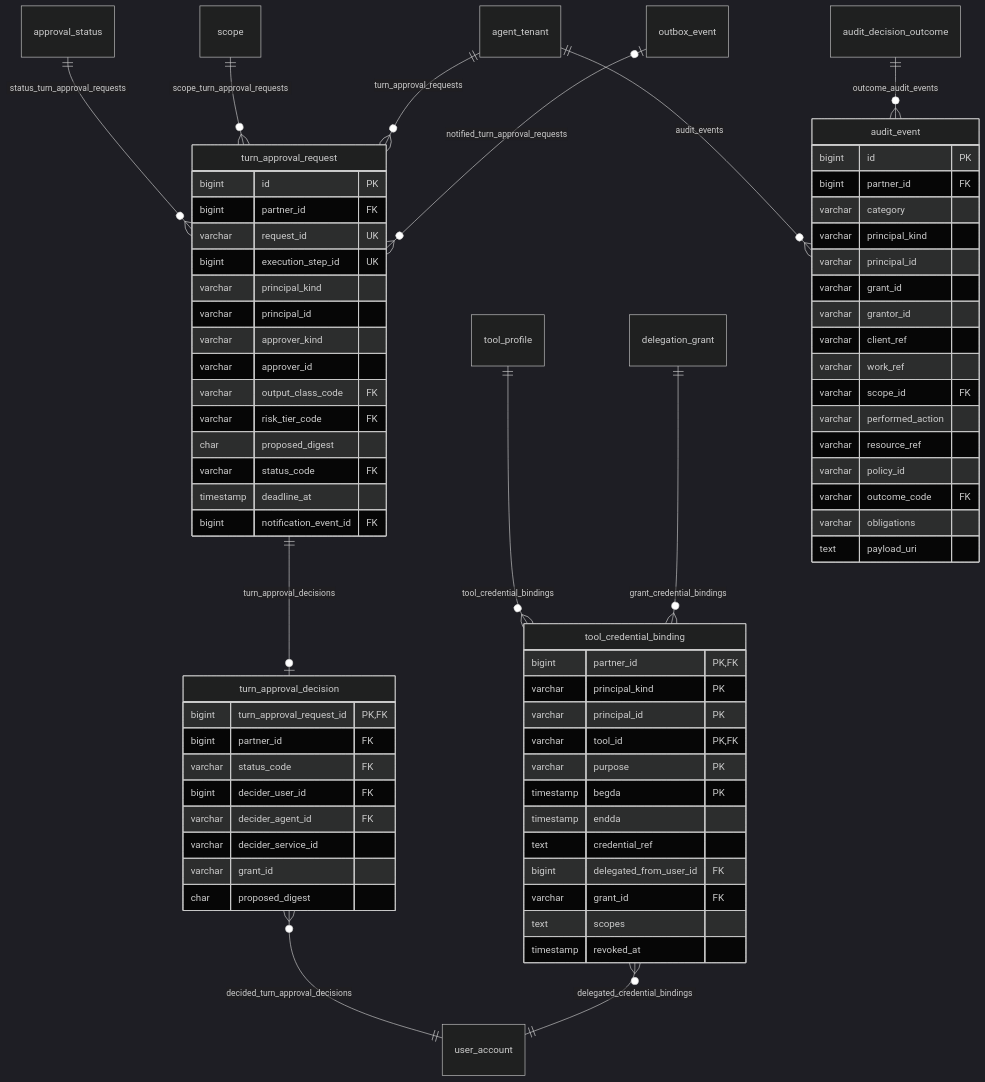
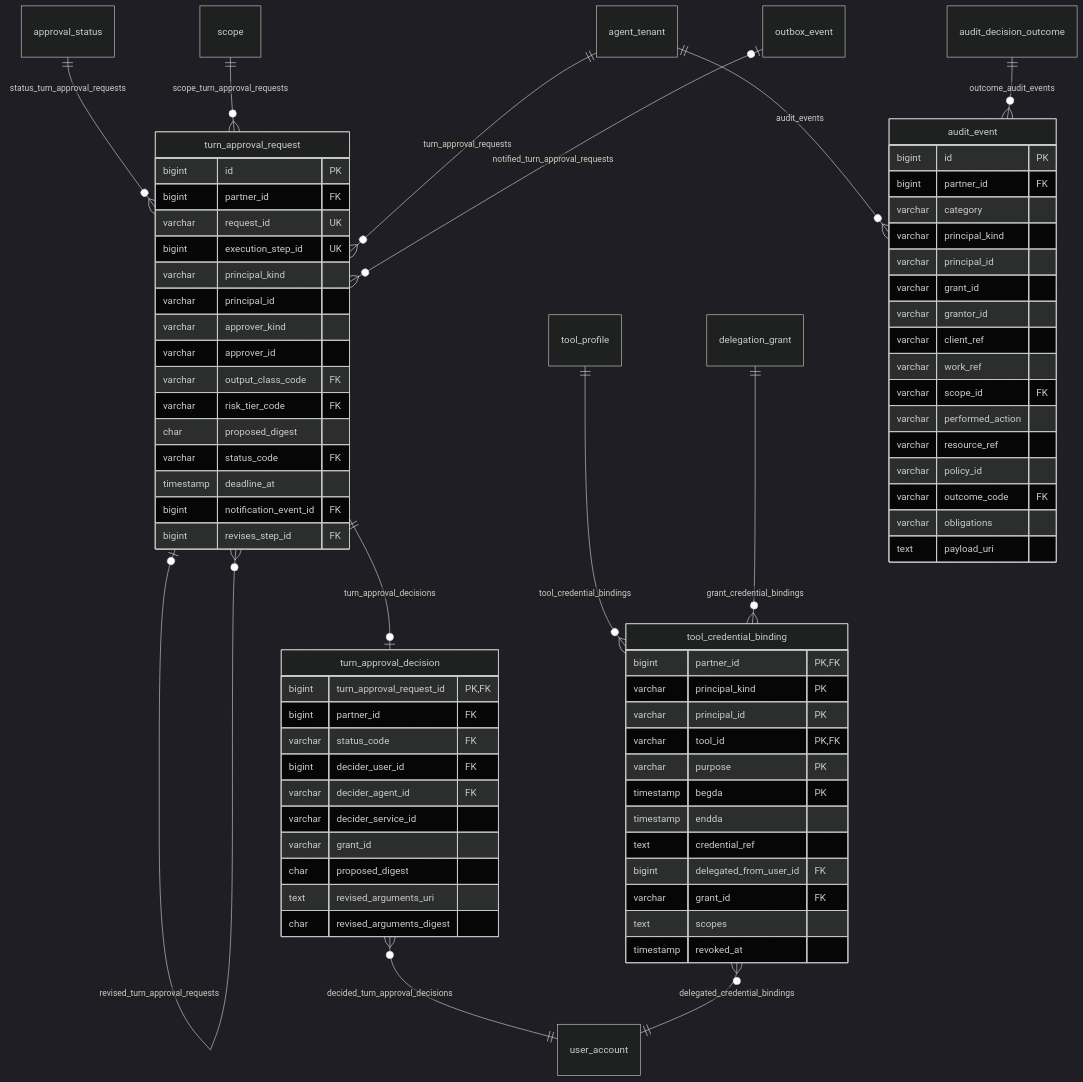
Diagram 11 of 19 in doc/database.md (nauticana/scout), drawn with Mermaid (dark theme) before and after one commit. The commit also changed other lines of this file and 243 other files, not shown here.

````diff
--- a/doc/database.md
+++ b/doc/database.md
@@ -894,73 +1042,77 @@
 ```mermaid
 erDiagram
     approval_status ||--o{ turn_approval_request : status_turn_approval_requests
     scope ||--o{ turn_approval_request : scope_turn_approval_requests
     agent_tenant ||--o{ turn_approval_request : turn_approval_requests
     turn_approval_request ||--o| turn_approval_decision : turn_approval_decisions
+    turn_approval_request |o--o{ turn_approval_request : revised_turn_approval_requests
     outbox_event |o--o{ turn_approval_request : notified_turn_approval_requests
     tool_profile ||--o{ tool_credential_binding : tool_credential_bindings
     turn_approval_decision }o--|| user_account : decided_turn_approval_decisions
     tool_credential_binding }o--|| user_account : delegated_credential_bindings
     delegation_grant ||--o{ tool_credential_binding : grant_credential_bindings
     agent_tenant ||--o{ audit_event : audit_events
     audit_decision_outcome ||--o{ audit_event : outcome_audit_events
 
     turn_approval_request {
         bigint id PK
         bigint partner_id FK
         varchar request_id UK
         bigint execution_step_id UK
         varchar principal_kind
         varchar principal_id
         varchar approver_kind
         varchar approver_id
         varchar output_class_code FK
         varchar risk_tier_code FK
         char proposed_digest
         varchar status_code FK
         timestamp deadline_at
         bigint notification_event_id FK
+        bigint revises_step_id FK
     }
     turn_approval_decision {
         bigint turn_approval_request_id PK,FK
         bigint partner_id FK
         varchar status_code FK
         bigint decider_user_id FK
         varchar decider_agent_id FK
         varchar decider_service_id
         varchar grant_id
         char proposed_digest
+        text revised_arguments_uri
+        char revised_arguments_digest
     }
     tool_credential_binding {
         bigint partner_id PK,FK
         varchar principal_kind PK
         varchar principal_id PK
         varchar tool_id PK,FK
         varchar purpose PK
         timestamp begda PK
         timestamp endda
         text credential_ref
         bigint delegated_from_user_id FK
         varchar grant_id FK
         text scopes
         timestamp revoked_at
     }
     audit_event {
         bigint id PK
         bigint partner_id FK
         varchar category
         varchar principal_kind
         varchar principal_id
         varchar grant_id
         varchar grantor_id
         varchar client_ref
         varchar work_ref
         varchar scope_id FK
         varchar performed_action
         varchar resource_ref
         varchar policy_id
         varchar outcome_code FK
         varchar obligations
         text payload_uri
     }
 ```
````
